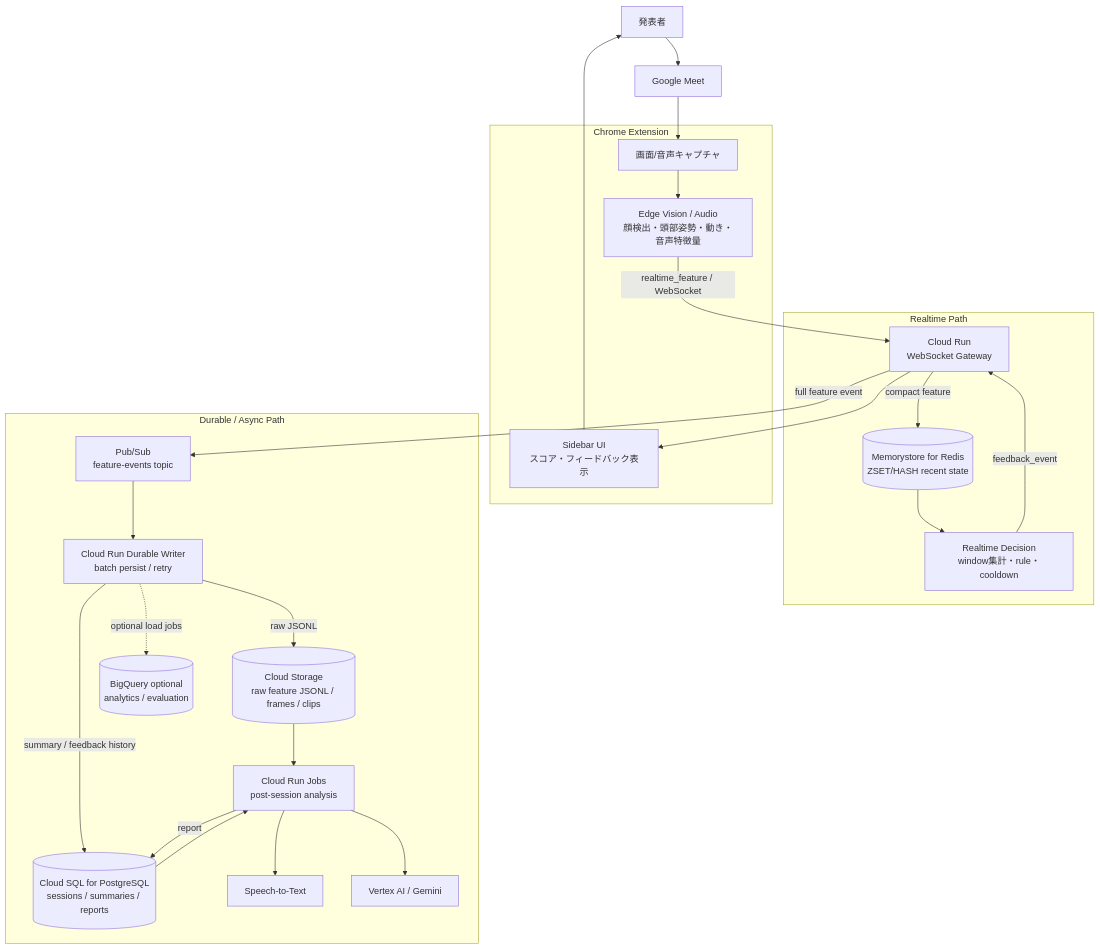
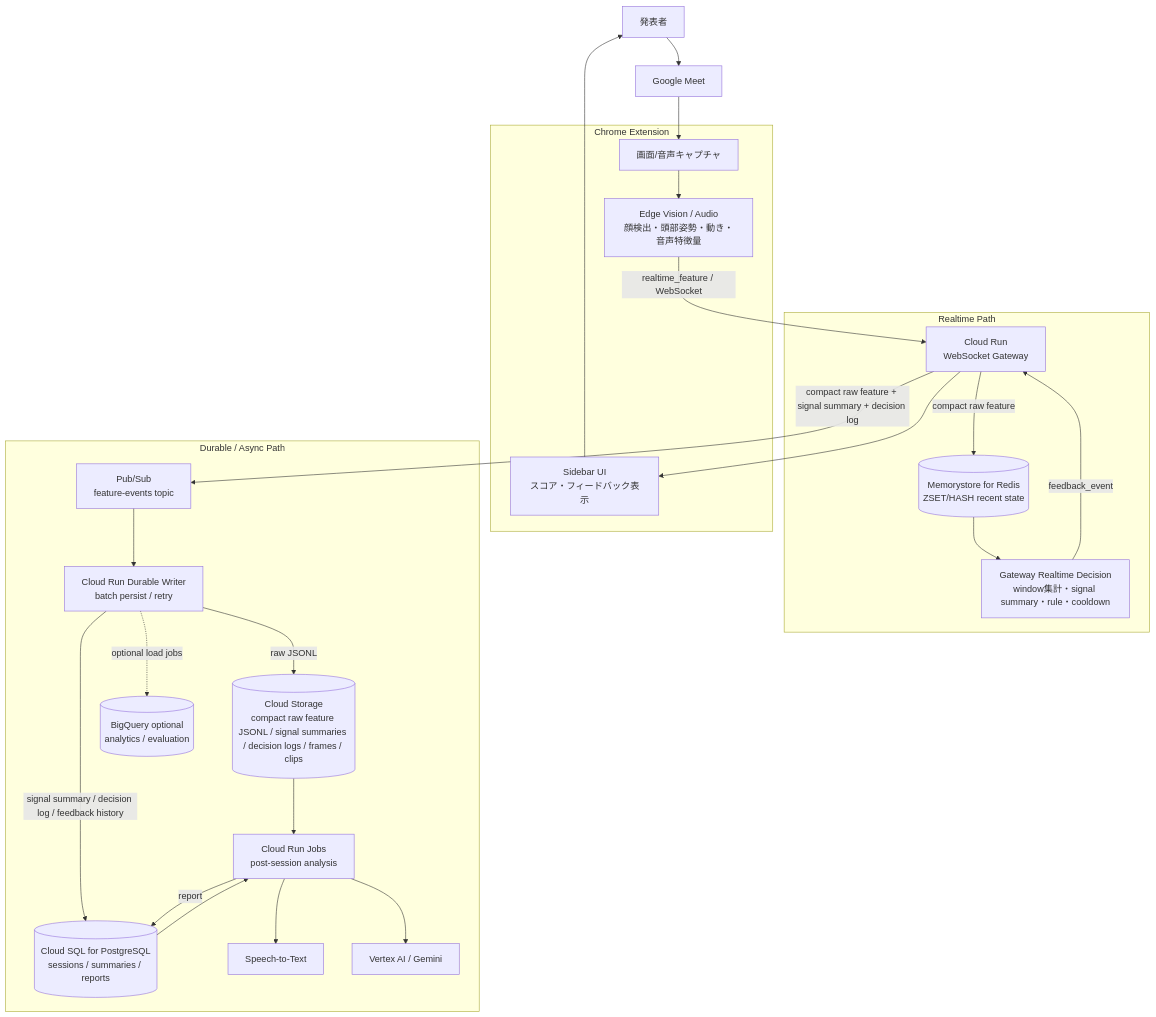
Before and after one commit to k-kanke/reaction-engine: the diagram in architecture.md, drawn with Mermaid. The commit also changed other lines of this file and 9 other files, not shown here.

````diff
--- a/architecture.md
+++ b/architecture.md
@@ -31,51 +31,51 @@
 ```mermaid
 flowchart TB
   presenter["発表者"]
   meet["Google Meet"]
 
   subgraph extension["Chrome Extension"]
     capture["画面/音声キャプチャ"]
     edge["Edge Vision / Audio<br/>顔検出・頭部姿勢・動き・音声特徴量"]
     sidebar["Sidebar UI<br/>スコア・フィードバック表示"]
   end
 
   subgraph realtime["Realtime Path"]
     gateway["Cloud Run<br/>WebSocket Gateway"]
     redis[("Memorystore for Redis<br/>ZSET/HASH recent state")]
-    decision["Realtime Decision<br/>window集計・rule・cooldown"]
+    decision["Gateway Realtime Decision<br/>window集計・signal summary・rule・cooldown"]
   end
 
   subgraph durable["Durable / Async Path"]
     pubsub["Pub/Sub<br/>feature-events topic"]
     writer["Cloud Run Durable Writer<br/>batch persist / retry"]
-    storage[("Cloud Storage<br/>raw feature JSONL / frames / clips")]
+    storage[("Cloud Storage<br/>compact raw feature JSONL / signal summaries / decision logs / frames / clips")]
     cloudsql[("Cloud SQL for PostgreSQL<br/>sessions / summaries / reports")]
     jobs["Cloud Run Jobs<br/>post-session analysis"]
     stt["Speech-to-Text"]
     vertex["Vertex AI / Gemini"]
     bq[("BigQuery optional<br/>analytics / evaluation")]
   end
 
   presenter --> meet
   meet --> capture
   capture --> edge
   edge -->|realtime_feature / WebSocket| gateway
 
-  gateway -->|compact feature| redis
+  gateway -->|compact raw feature| redis
   redis --> decision
   decision -->|feedback_event| gateway
   gateway --> sidebar
   sidebar --> presenter
 
-  gateway -->|full feature event| pubsub
+  gateway -->|compact raw feature + signal summary + decision log| pubsub
   pubsub --> writer
   writer -->|raw JSONL| storage
-  writer -->|summary / feedback history| cloudsql
+  writer -->|signal summary / decision log / feedback history| cloudsql
   writer -.->|optional load jobs| bq
 
   storage --> jobs
   cloudsql --> jobs
   jobs --> stt
   jobs --> vertex
   jobs -->|report| cloudsql
 ```
````
